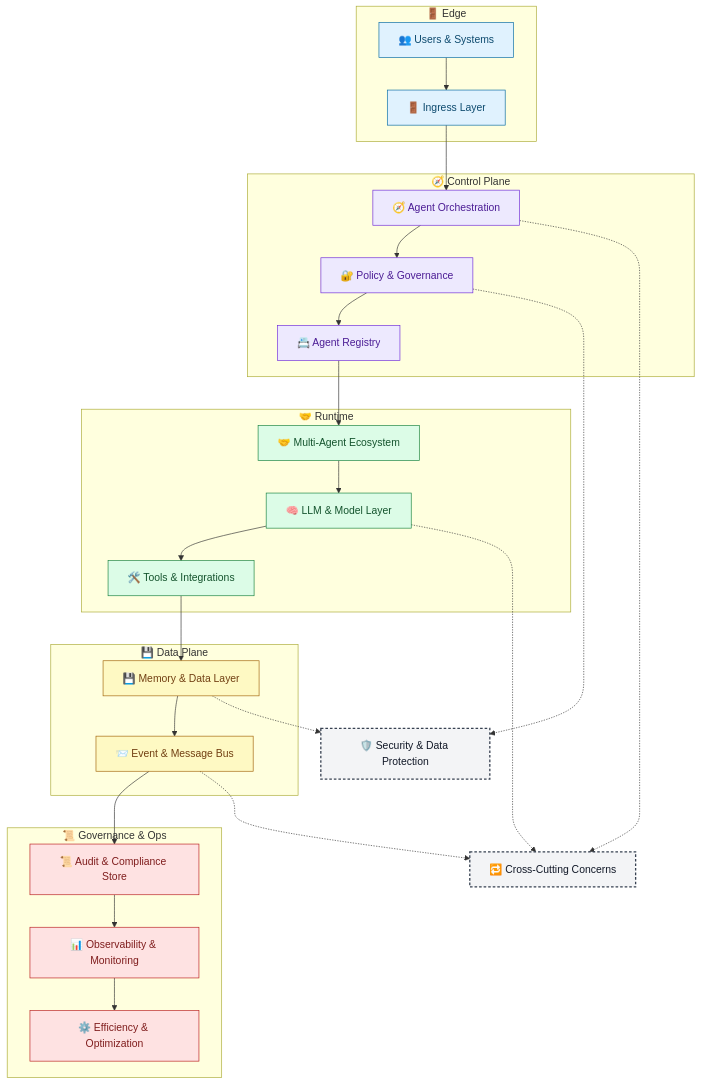
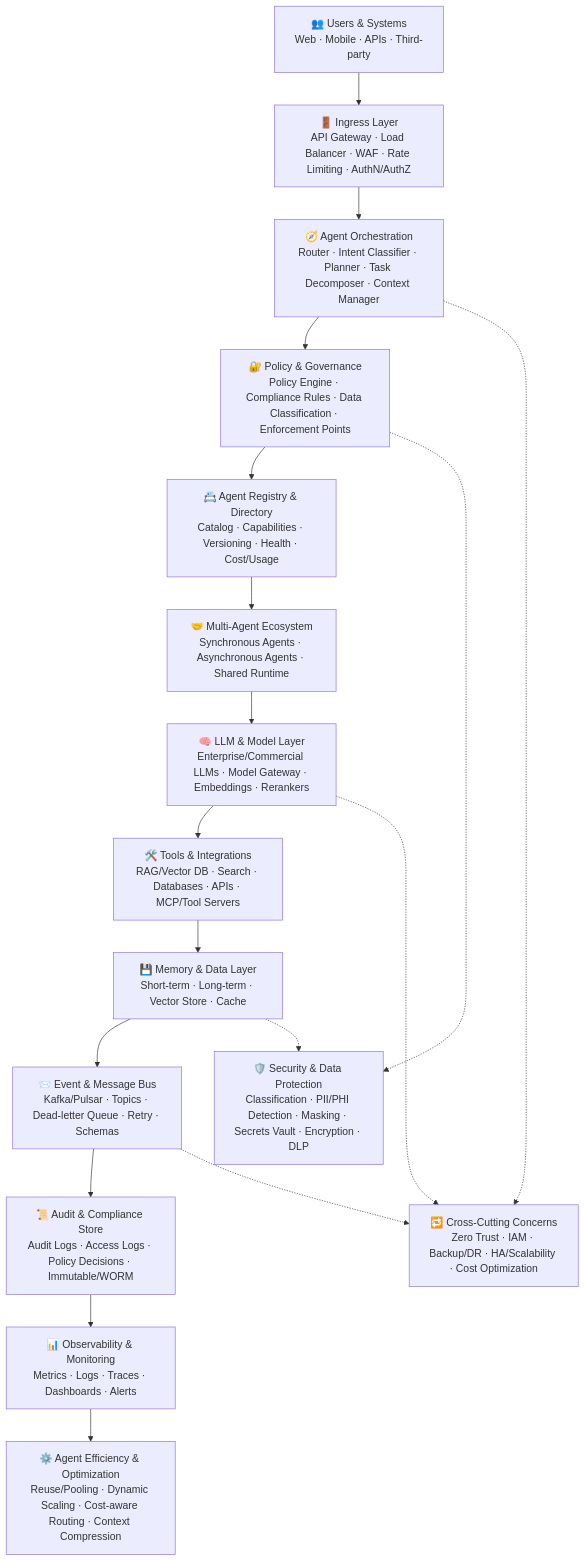
One commit to contactkkiran/enterprise-multi-agent-agent-native-platform changed the first of 5 diagrams in Roughnotes.md. Above: the diagram before and after it, drawn with Mermaid. The commit also changed other lines of this file, not shown here.

````diff
--- a/Roughnotes.md
+++ b/Roughnotes.md
@@ -29,51 +29,27 @@
 ```mermaid
 flowchart TD
-    subgraph EDGE["🚪 Edge"]
-        U["👥 Users & Systems"]
-        I["🚪 Ingress Layer"]
-    end
-    subgraph CONTROL["🧭 Control Plane"]
-        O["🧭 Agent Orchestration"]
-        P["🔐 Policy & Governance"]
-        R["📇 Agent Registry"]
-    end
-    subgraph RUNTIME["🤝 Runtime"]
-        M["🤝 Multi-Agent Ecosystem"]
-        L["🧠 LLM & Model Layer"]
-        T["🛠️ Tools & Integrations"]
-    end
-    subgraph DATA["💾 Data Plane"]
-        D["💾 Memory & Data Layer"]
-        E["📨 Event & Message Bus"]
-    end
-    subgraph GOV["📜 Governance & Ops"]
-        A["📜 Audit & Compliance Store"]
-        OB["📊 Observability & Monitoring"]
-        EF["⚙️ Efficiency & Optimization"]
-    end
+    U["👥 Users & Systems<br/>Web · Mobile · APIs · Third-party"]
+    I["🚪 Ingress Layer<br/>API Gateway · Load Balancer · WAF · Rate Limiting · AuthN/AuthZ"]
+    O["🧭 Agent Orchestration<br/>Router · Intent Classifier · Planner · Task Decomposer · Context Manager"]
+    P["🔐 Policy & Governance<br/>Policy Engine · Compliance Rules · Data Classification · Enforcement Points"]
+    R["📇 Agent Registry & Directory<br/>Catalog · Capabilities · Versioning · Health · Cost/Usage"]
+    M["🤝 Multi-Agent Ecosystem<br/>Synchronous Agents · Asynchronous Agents · Shared Runtime"]
+    L["🧠 LLM & Model Layer<br/>Enterprise/Commercial LLMs · Model Gateway · Embeddings · Rerankers"]
+    T["🛠️ Tools & Integrations<br/>RAG/Vector DB · Search · Databases · APIs · MCP/Tool Servers"]
+    D["💾 Memory & Data Layer<br/>Short-term · Long-term · Vector Store · Cache"]
+    E["📨 Event & Message Bus<br/>Kafka/Pulsar · Topics · Dead-letter Queue · Retry · Schemas"]
+    A["📜 Audit & Compliance Store<br/>Audit Logs · Access Logs · Policy Decisions · Immutable/WORM"]
+    OB["📊 Observability & Monitoring<br/>Metrics · Logs · Traces · Dashboards · Alerts"]
+    EF["⚙️ Agent Efficiency & Optimization<br/>Reuse/Pooling · Dynamic Scaling · Cost-aware Routing · Context Compression"]
 
     U --> I --> O --> P --> R --> M --> L --> T --> D --> E --> A --> OB --> EF
 
-    S["🛡️ Security & Data Protection"]
-    X["🔁 Cross-Cutting Concerns"]
+    S["🛡️ Security & Data Protection<br/>Classification · PII/PHI Detection · Masking · Secrets Vault · Encryption · DLP"]
+    X["🔁 Cross-Cutting Concerns<br/>Zero Trust · IAM · Backup/DR · HA/Scalability · Cost Optimization"]
 
     P -.-> S
     D -.-> S
     O -.-> X
     L -.-> X
     E -.-> X
-
-    classDef edge fill:#e0f2fe,stroke:#0369a1,color:#0c4a6e
-    classDef control fill:#ede9fe,stroke:#6d28d9,color:#4c1d95
-    classDef runtime fill:#dcfce7,stroke:#15803d,color:#14532d
-    classDef data fill:#fef9c3,stroke:#a16207,color:#713f12
-    classDef gov fill:#fee2e2,stroke:#b91c1c,color:#7f1d1d
-    classDef cross fill:#f3f4f6,stroke:#374151,color:#111827,stroke-width:2px,stroke-dasharray: 4 3
-
-    class U,I edge
-    class O,P,R control
-    class M,L,T runtime
-    class D,E data
-    class A,OB,EF gov
-    class S,X cross
 ```
````
